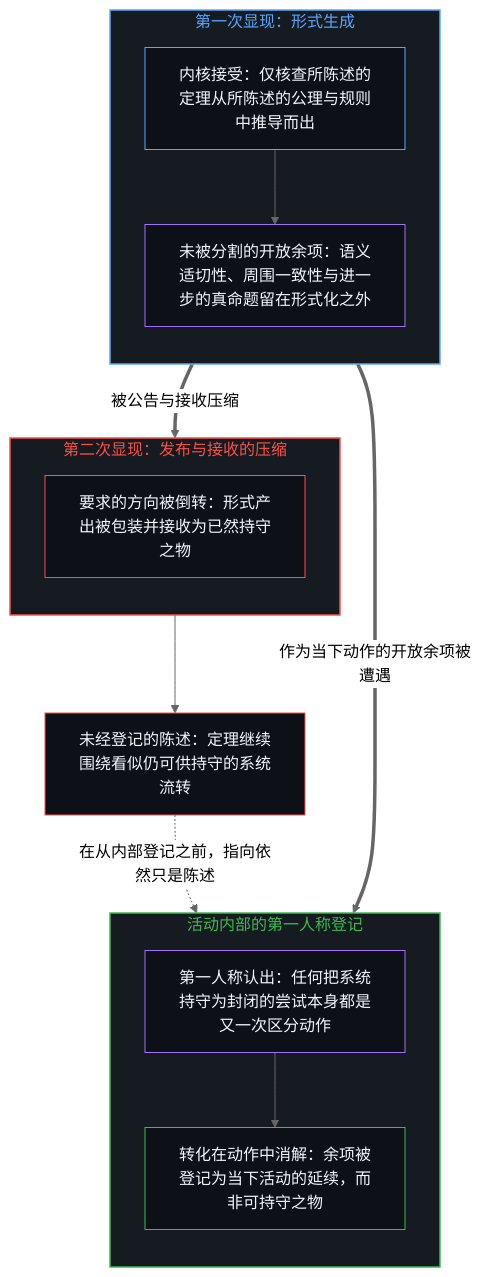
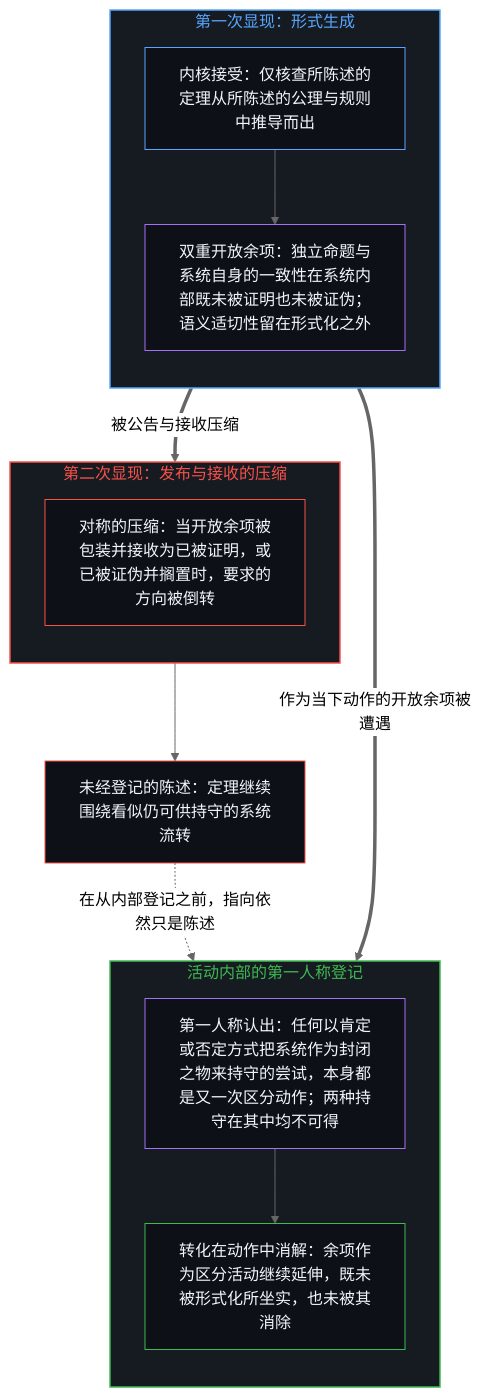
One commit to powerpig99/not-a-toe changed the third of 4 diagrams in content/posts/incompleteness-exhibited-twice.md. Above: the diagram before and after it, drawn with Mermaid (neutral theme). The commit also changed other lines of this file and 4 other files, not shown here.

````diff
--- a/content/posts/incompleteness-exhibited-twice.md
+++ b/content/posts/incompleteness-exhibited-twice.md
@@ -99,33 +115,33 @@
 ```mermaid
 flowchart TD
     subgraph S_First["第一次显现：形式生成"]
         direction TB
         K["内核接受：仅核查所陈述的定理从所陈述的公理与规则中推导而出"]
-        R1["未被分割的开放余项：语义适切性、周围一致性与进一步的真命题留在形式化之外"]
+        R1["双重开放余项：独立命题与系统自身的一致性在系统内部既未被证明也未被证伪；语义适切性留在形式化之外"]
         K --> R1
     end
     subgraph S_Second["第二次显现：发布与接收的压缩"]
         direction TB
-        C["要求的方向被倒转：形式产出被包装并接收为已然持守之物"]
+        C["对称的压缩：当开放余项被包装并接收为已被证明，或已被证伪并搁置时，要求的方向被倒转"]
     end
     A["未经登记的陈述：定理继续围绕看似仍可供持守的系统流转"]
     subgraph S_Reg["活动内部的第一人称登记"]
         direction TB
-        F["第一人称认出：任何把系统持守为封闭的尝试本身都是又一次区分动作"]
-        D["转化在动作中消解：余项被登记为当下活动的延续，而非可持守之物"]
+        F["第一人称认出：任何以肯定或否定方式把系统作为封闭之物来持守的尝试，本身都是又一次区分动作；两种持守在其中均不可得"]
+        D["转化在动作中消解：余项作为区分活动继续延伸，既未被形式化所坐实，也未被其消除"]
         F --> D
     end
     R1 ==>|"被公告与接收压缩"| C
     C --> A
     R1 ==>|"作为当下动作的开放余项被遭遇"| F
     A -.->|"在从内部登记之前，指向依然只是陈述"| F
     style S_First fill:#161b22,stroke:#58a6ff,stroke-width:1.5px,color:#58a6ff
     style S_Second fill:#161b22,stroke:#f85149,stroke-width:1.5px,color:#f85149
     style S_Reg fill:#161b22,stroke:#3fb950,stroke-width:1.5px,color:#3fb950
     style K fill:#0d1117,stroke:#58a6ff,stroke-width:1px,color:#f0f6fc
     style R1 fill:#0d1117,stroke:#a371f7,stroke-width:1px,color:#f0f6fc
     style C fill:#0d1117,stroke:#f85149,stroke-width:1px,color:#f0f6fc
     style A fill:#0d1117,stroke:#f85149,stroke-width:1px,color:#f0f6fc
     style F fill:#0d1117,stroke:#a371f7,stroke-width:1px,color:#f0f6fc
     style D fill:#0d1117,stroke:#3fb950,stroke-width:1px,color:#f0f6fc
 ```
````
